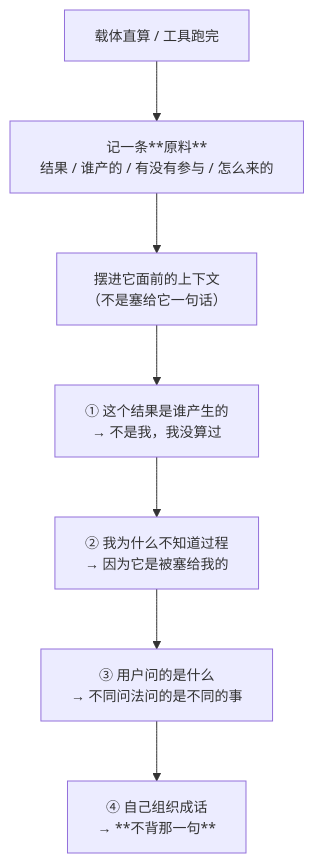
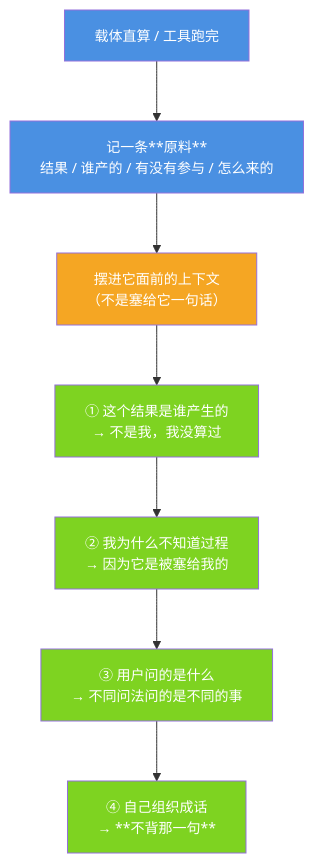
One commit to jiangchuangege/xiaojiao-harnees changed the diagram in docs/raw-material.md. Above: the diagram before and after it, drawn with Mermaid. The commit also changed 32 other files, not shown here.

Commit message:
统一：全仓原理图配色到一套调色板 + 给 12 张灰图补色 + 修正自己会睡那张过期图

````diff
--- a/docs/raw-material.md
+++ b/docs/raw-material.md
@@ -50,10 +50,18 @@
 ```mermaid
 %%{init: {"themeVariables": {"fontSize": "14px"}, "flowchart": {"htmlLabels": true, "wrappingWidth": 340, "nodeSpacing": 46, "rankSpacing": 60, "useMaxWidth": true}}}%%
 flowchart TB
     R["载体直算 / 工具跑完"] --> M["记一条**原料**<br/>结果 / 谁产的 / 有没有参与 / 怎么来的"]
     M --> C["摆进它面前的上下文<br/>（不是塞给它一句话）"]
     C --> S1["① 这个结果是谁产生的<br/>→ 不是我，我没算过"]
     S1 --> S2["② 我为什么不知道过程<br/>→ 因为它是被塞给我的"]
     S2 --> S3["③ 用户问的是什么<br/>→ 不同问法问的是不同的事"]
     S3 --> S4["④ 自己组织成话<br/>→ **不背那一句**"]
+    style R fill:#4A90E2,color:#fff
+    style M fill:#4A90E2,color:#fff
+    style C fill:#F5A623,color:#fff
+    style S1 fill:#7ED321,color:#fff
+    style S2 fill:#7ED321,color:#fff
+    style S3 fill:#7ED321,color:#fff
+    style S4 fill:#7ED321,color:#fff
+
 ```
````
